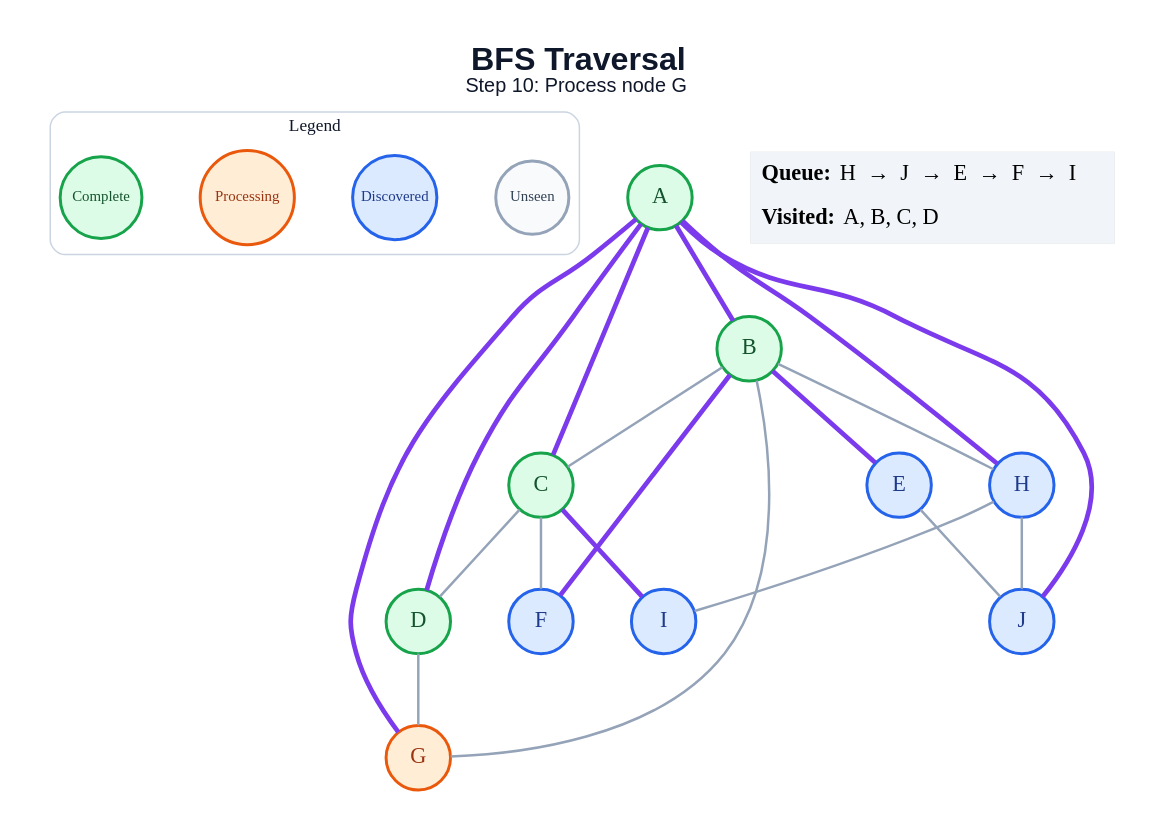
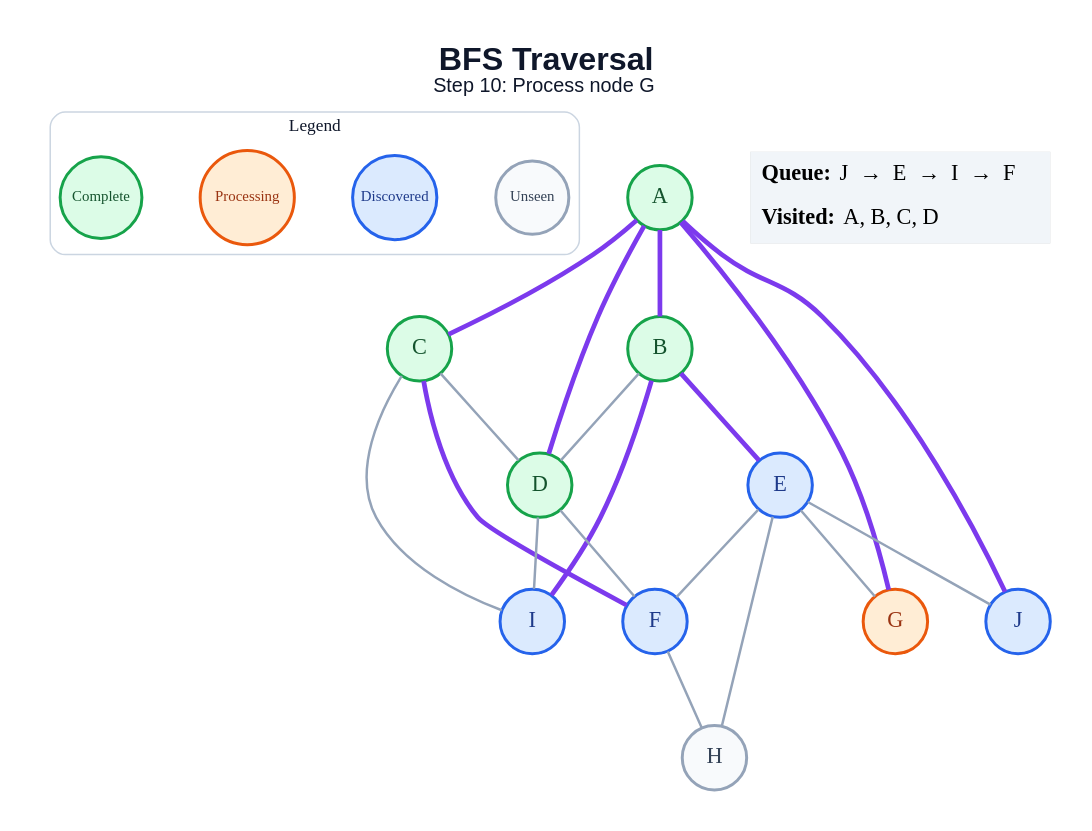
One commit to amanghodawala9/ai-slop changed the diagram in generated/bfs/step_10.dot. Above: the diagram before and after it, drawn with Graphviz. The commit also changed 178 other files, not shown here.

```diff
--- a/generated/bfs/step_10.dot
+++ b/generated/bfs/step_10.dot
@@ -1,47 +1,47 @@
 graph traversal {
   graph [layout=dot, rankdir=TB, bgcolor="#FFFFFF", pad="0.35", nodesep="0.65", ranksep="0.8", fontname="Arial"];
   node [shape=circle, style="filled", fontname="Arial Bold", fontsize=18, width=0.72, fixedsize=true, penwidth=2.4];
   edge [color="#94A3B8", penwidth=2.0];
   label=<<B>BFS Traversal</B><BR/><FONT POINT-SIZE="16">Step 10: Process node G</FONT>>; labelloc="t"; fontsize=26; fontname="Arial"; fontcolor="#0F172A";
   subgraph cluster_legend { label="Legend"; color="#CBD5E1"; penwidth=1.2; style="rounded"; fontsize=14; fontname="Arial Bold";
     key_unseen [label="Unseen", fillcolor="#F8FAFC", color="#94A3B8", fontcolor="#334155", fontsize=12, width=0.82];
     key_frontier [label="Discovered", fillcolor="#DBEAFE", color="#2563EB", fontcolor="#1E3A8A", fontsize=12, width=0.95];
     key_current [label="Processing", fillcolor="#FFEDD5", color="#EA580C", fontcolor="#9A3412", fontsize=12, width=1.05];
     key_done [label="Complete", fillcolor="#DCFCE7", color="#16A34A", fontcolor="#14532D", fontsize=12, width=0.92];
     { rank=same; key_unseen; key_frontier; key_current; key_done; }
   }
   A [fillcolor="#DCFCE7", color="#16A34A", fontcolor="#14532D"];
   B [fillcolor="#DCFCE7", color="#16A34A", fontcolor="#14532D"];
   C [fillcolor="#DCFCE7", color="#16A34A", fontcolor="#14532D"];
   D [fillcolor="#DCFCE7", color="#16A34A", fontcolor="#14532D"];
   E [fillcolor="#DBEAFE", color="#2563EB", fontcolor="#1E3A8A"];
   F [fillcolor="#DBEAFE", color="#2563EB", fontcolor="#1E3A8A"];
   G [fillcolor="#FFEDD5", color="#EA580C", fontcolor="#9A3412"];
-  H [fillcolor="#DBEAFE", color="#2563EB", fontcolor="#1E3A8A"];
+  H [fillcolor="#F8FAFC", color="#94A3B8", fontcolor="#334155"];
   I [fillcolor="#DBEAFE", color="#2563EB", fontcolor="#1E3A8A"];
   J [fillcolor="#DBEAFE", color="#2563EB", fontcolor="#1E3A8A"];
   A -- B [color="#7C3AED", penwidth=3.8];
   A -- C [color="#7C3AED", penwidth=3.8];
   A -- D [color="#7C3AED", penwidth=3.8];
   A -- G [color="#7C3AED", penwidth=3.8];
-  A -- H [color="#7C3AED", penwidth=3.8];
   A -- J [color="#7C3AED", penwidth=3.8];
-  B -- C;
+  B -- D;
   B -- E [color="#7C3AED", penwidth=3.8];
-  B -- F [color="#7C3AED", penwidth=3.8];
-  B -- G;
-  B -- H;
+  B -- I [color="#7C3AED", penwidth=3.8];
   C -- D;
-  C -- F;
-  C -- I [color="#7C3AED", penwidth=3.8];
-  D -- G;
+  C -- F [color="#7C3AED", penwidth=3.8];
+  C -- I;
+  D -- F;
+  D -- I;
+  E -- F;
+  E -- G;
+  E -- H;
   E -- J;
-  H -- I;
-  H -- J;
+  F -- H;
   status [shape=plain, fixedsize=false, width=0, height=0, margin=0, label=<
     <TABLE BORDER="0" CELLBORDER="0" CELLPADDING="7" BGCOLOR="#F1F5F9">
-      <TR><TD ALIGN="LEFT"><B>Queue:</B> H  →  J  →  E  →  F  →  I</TD></TR>
+      <TR><TD ALIGN="LEFT"><B>Queue:</B> J  →  E  →  I  →  F</TD></TR>
       <TR><TD ALIGN="LEFT"><B>Visited:</B> A, B, C, D</TD></TR>
     </TABLE>
   >];
 }
```
